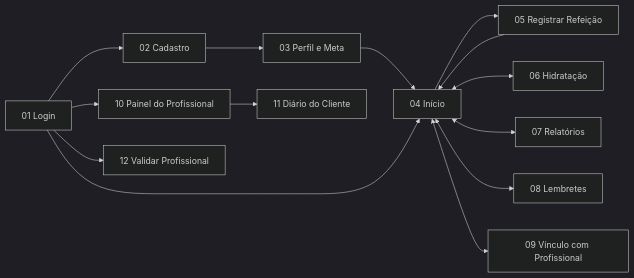
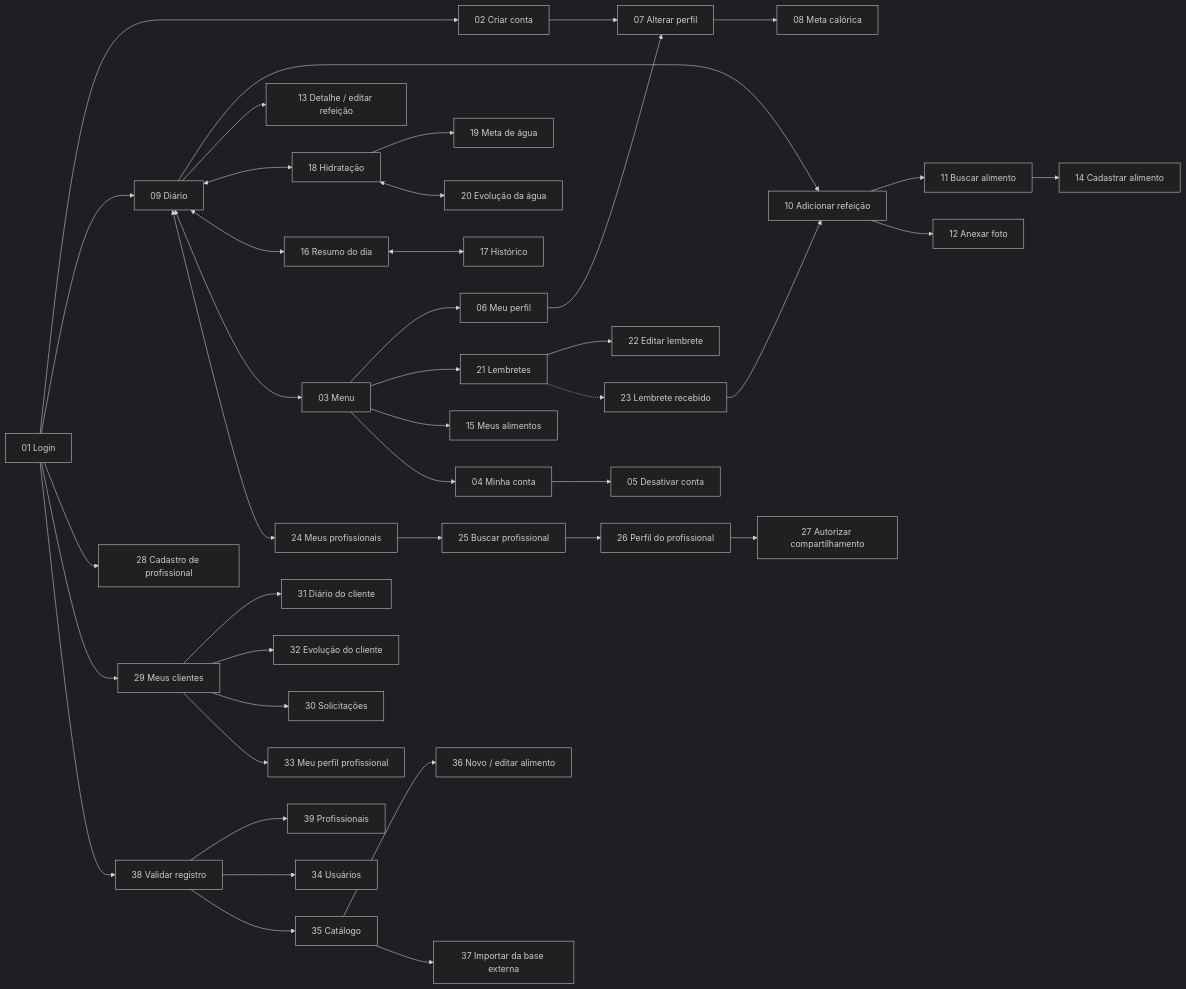
Before and after one commit to DenysCEUB/Vega-seg-2-2026: the diagram in 06-prototipo.md, drawn with Mermaid (dark theme). The commit also changed other lines of this file, not shown here.

````diff
--- a/06-prototipo.md
+++ b/06-prototipo.md
@@ -57,12 +143,28 @@
 ```mermaid
 flowchart LR
-    L[01 Login] --> C[02 Cadastro] --> P[03 Perfil e Meta] --> I[04 Início]
-    L --> I
-    I --> R[05 Registrar Refeição] --> I
-    I <--> H[06 Hidratação]
-    I <--> RE[07 Relatórios]
-    I <--> LE[08 Lembretes]
-    I <--> V[09 Vínculo com Profissional]
-    L --> PC[10 Painel do Profissional] --> DC[11 Diário do Cliente]
-    L --> AD[12 Validar Profissional]
+    L[01 Login] --> C[02 Criar conta] --> PE[07 Alterar perfil] --> MC[08 Meta calórica]
+    L --> D[09 Diário]
+    D --> R[10 Adicionar refeição] --> B[11 Buscar alimento] --> CA[14 Cadastrar alimento]
+    R --> F[12 Anexar foto]
+    D --> E[13 Detalhe / editar refeição]
+    D <--> H[18 Hidratação] --> MA[19 Meta de água]
+    H <--> EA[20 Evolução da água]
+    D <--> RE[16 Resumo do dia] <--> HI[17 Histórico]
+    D <--> M[03 Menu]
+    M --> MP[06 Meu perfil] --> PE
+    M --> LE[21 Lembretes] --> EL[22 Editar lembrete]
+    LE -.-> N[23 Lembrete recebido] --> R
+    M --> MAL[15 Meus alimentos]
+    M --> CO[04 Minha conta] --> DE[05 Desativar conta]
+    D <--> VP[24 Meus profissionais] --> BP[25 Buscar profissional] --> PP[26 Perfil do profissional] --> AU[27 Autorizar compartilhamento]
+    L --> PC[28 Cadastro de profissional]
+    L --> CL[29 Meus clientes] --> DC[31 Diário do cliente]
+    CL --> EC[32 Evolução do cliente]
+    CL --> SO[30 Solicitações]
+    CL --> PF[33 Meu perfil profissional]
+    L --> AV[38 Validar registro]
+    AV --> AP[39 Profissionais]
+    AV --> AUS[34 Usuários]
+    AV --> ACA[35 Catálogo] --> AF[36 Novo / editar alimento]
+    ACA --> AI[37 Importar da base externa]
 ```
````
